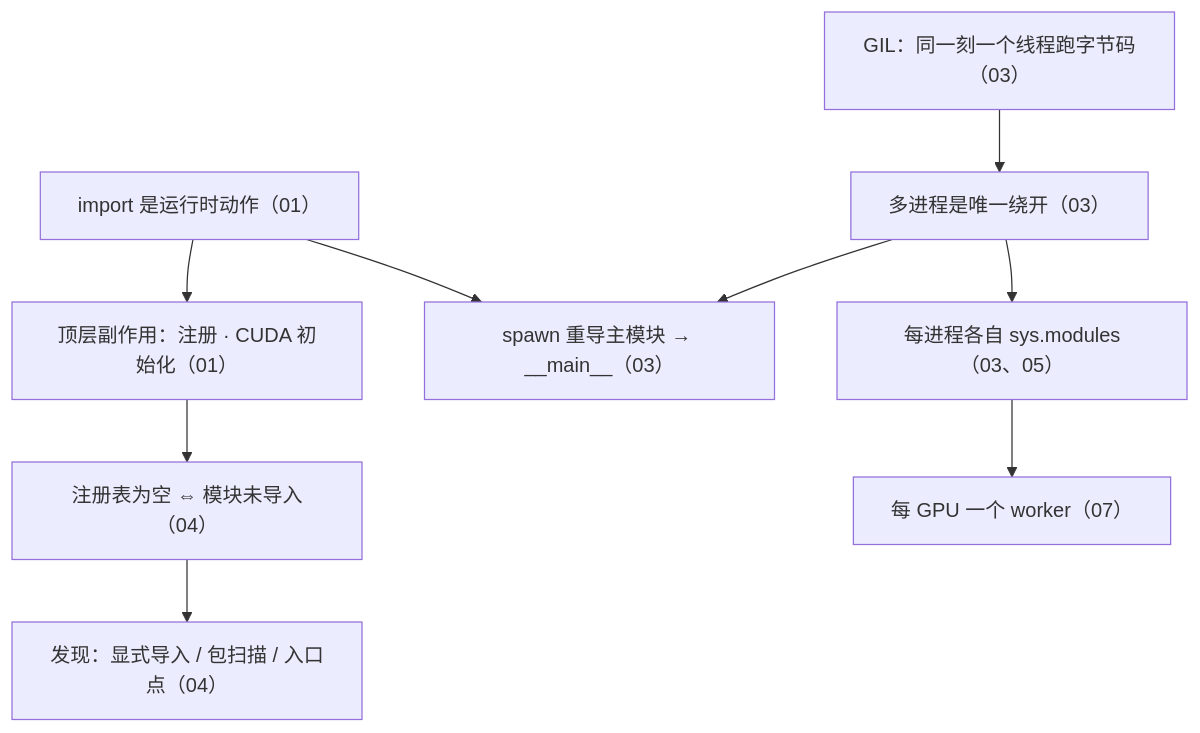
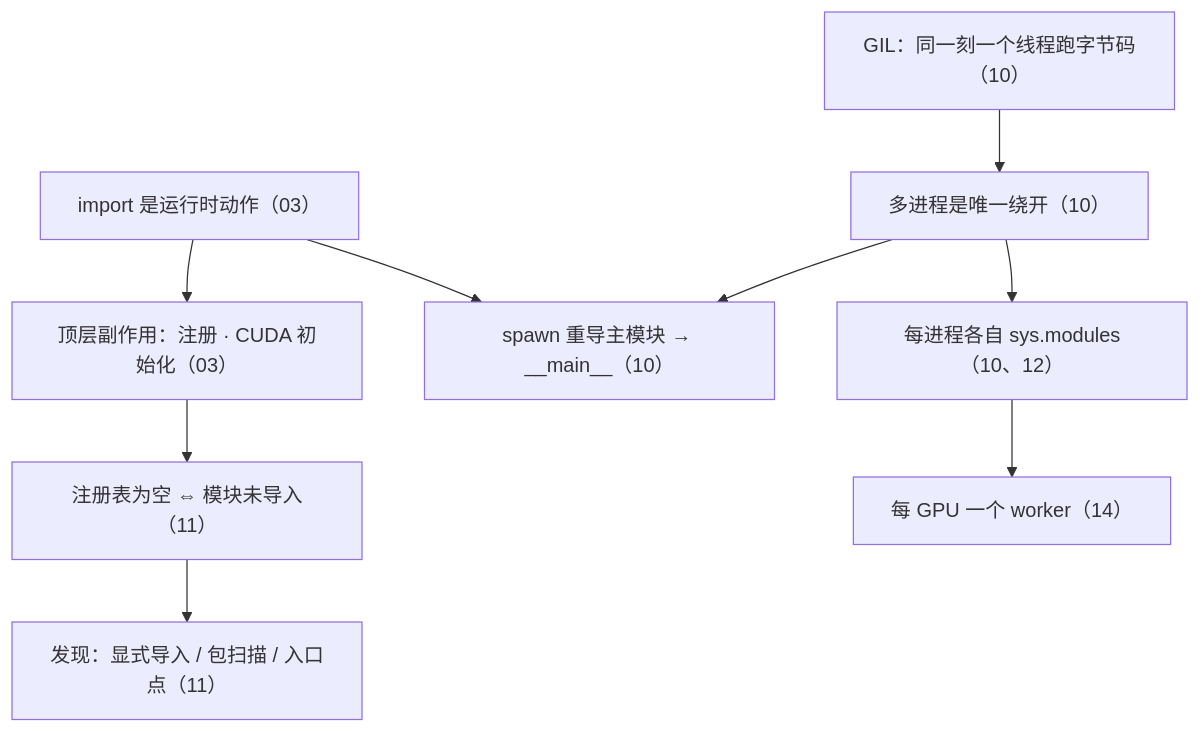
One commit to arganzheng/arganzheng.github.com changed the fourth of 4 diagrams in slides/2026-01-30-python-for-ai-infra.md. Above: the diagram before and after it, drawn with Mermaid. The commit also changed other lines of this file and 24 other files, not shown here.

````diff
--- a/slides/2026-01-30-python-for-ai-infra.md
+++ b/slides/2026-01-30-python-for-ai-infra.md
@@ -287,12 +287,12 @@
 ```mermaid
 %%{init: {"flowchart": {"wrappingWidth": 220}}}%%
 flowchart TB
-    A["import 是运行时动作（01）"] --> B["顶层副作用：注册 · CUDA 初始化（01）"]
-    B --> C["注册表为空 ⇔ 模块未导入（04）"]
-    C --> D["发现：显式导入 / 包扫描 / 入口点（04）"]
-    A --> H["spawn 重导主模块 → __main__（03）"]
-    E["GIL：同一刻一个线程跑字节码（03）"] --> F["多进程是唯一绕开（03）"]
+    A["import 是运行时动作（03）"] --> B["顶层副作用：注册 · CUDA 初始化（03）"]
+    B --> C["注册表为空 ⇔ 模块未导入（11）"]
+    C --> D["发现：显式导入 / 包扫描 / 入口点（11）"]
+    A --> H["spawn 重导主模块 → __main__（10）"]
+    E["GIL：同一刻一个线程跑字节码（10）"] --> F["多进程是唯一绕开（10）"]
     F --> H
-    F --> G["每进程各自 sys.modules（03、05）"]
-    G --> I["每 GPU 一个 worker（07）"]
+    F --> G["每进程各自 sys.modules（10、12）"]
+    G --> I["每 GPU 一个 worker（14）"]
 ```
````
